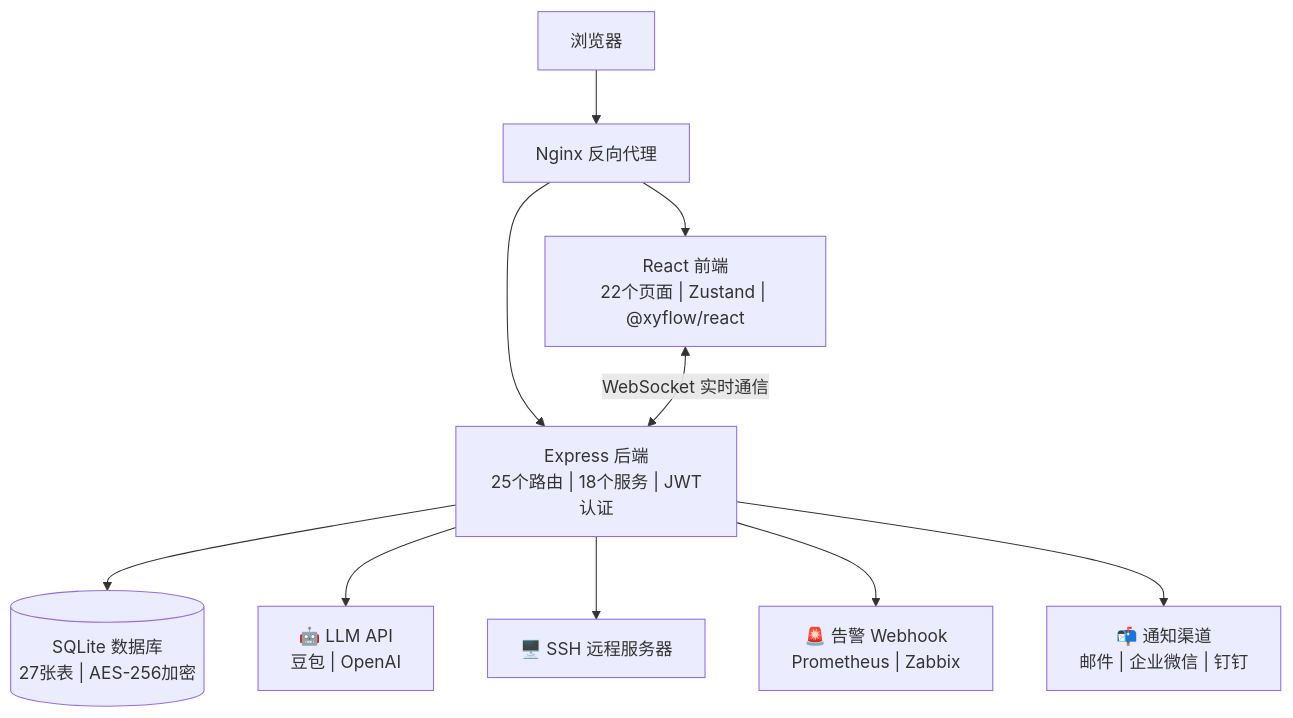
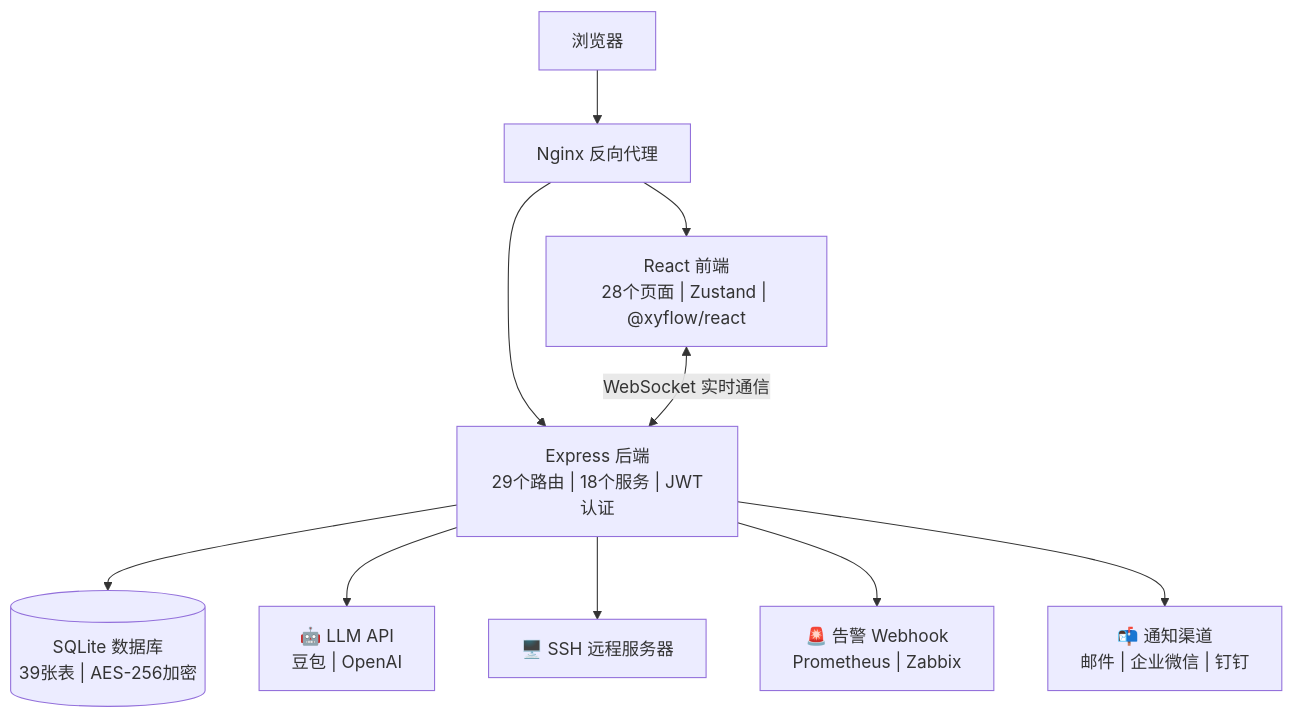
One commit to qinshihu/itops-agent-platform changed the diagram in README.md. Above: the diagram before and after it, drawn with Mermaid. The commit also changed other lines of this file and 2 other files, not shown here.

````diff
--- a/README.md
+++ b/README.md
@@ -20,12 +20,12 @@
 ```mermaid
 graph TB
     Browser["浏览器"] --> Nginx["Nginx 反向代理"]
-    Nginx --> React["React 前端<br/>22个页面 | Zustand | @xyflow/react"]
-    Nginx --> Express["Express 后端<br/>25个路由 | 18个服务 | JWT认证"]
+    Nginx --> React["React 前端<br/>28个页面 | Zustand | @xyflow/react"]
+    Nginx --> Express["Express 后端<br/>29个路由 | 18个服务 | JWT认证"]
     React <-->|"WebSocket 实时通信"| Express
-    Express --> SQLite[("SQLite 数据库<br/>27张表 | AES-256加密")]
+    Express --> SQLite[("SQLite 数据库<br/>39张表 | AES-256加密")]
     Express --> LLM["🤖 LLM API<br/>豆包 | OpenAI"]
     Express --> SSH["🖥️ SSH 远程服务器"]
     Express --> Webhook["🚨 告警 Webhook<br/>Prometheus | Zabbix"]
     Express --> Notify["📬 通知渠道<br/>邮件 | 企业微信 | 钉钉"]
 ```
````
